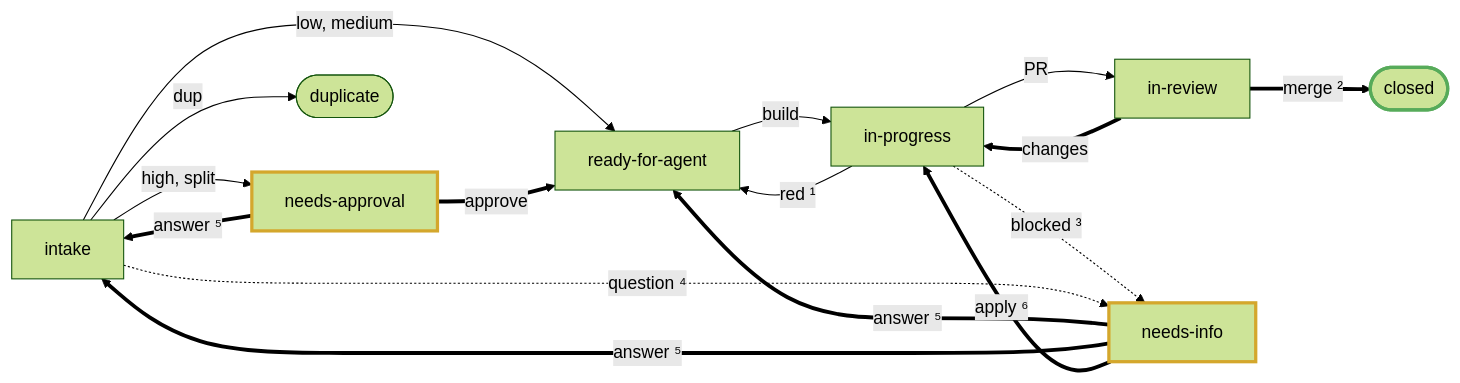
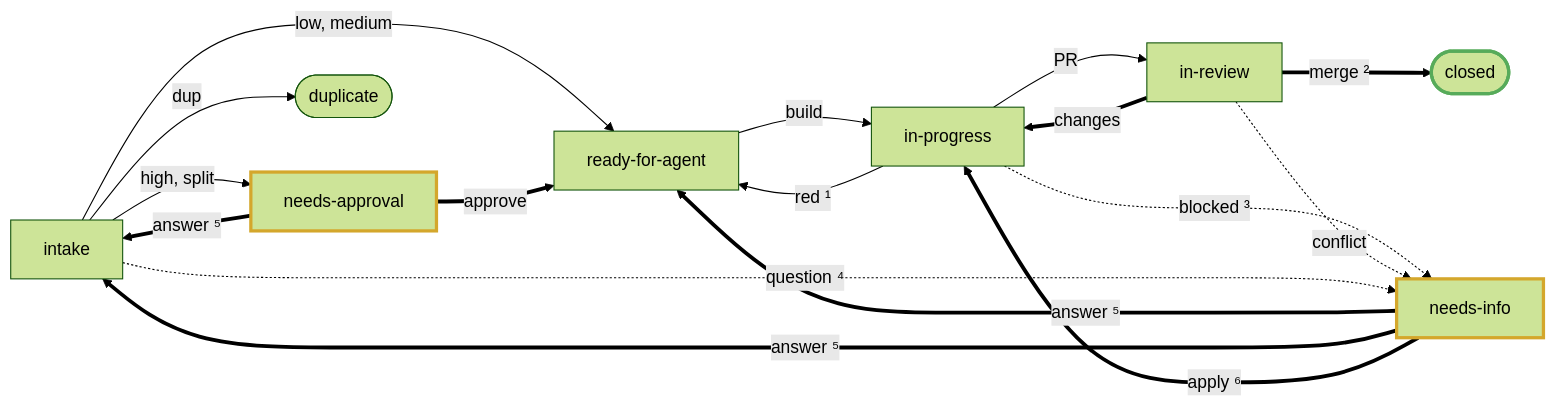
One commit to dvalnn/maestro changed the first of 5 diagrams in docs/agents/factory.md. Above: the diagram before and after it, drawn with Mermaid (forest theme). The commit also changed other lines of this file and 9 other files, not shown here.

````diff
--- a/docs/agents/factory.md
+++ b/docs/agents/factory.md
@@ -12,32 +12,33 @@
 ```mermaid
 flowchart LR
     IN["intake"]
     GATE["needs-approval"]
     Q["ready-for-agent"]
     B["in-progress"]
     R["in-review"]
     D(["closed"])
     DUP(["duplicate"])
     NI["needs-info"]
 
     IN -->|"low, medium"| Q
     IN -->|"high, split"| GATE
     IN -->|dup| DUP
     GATE ==>|approve| Q
     Q -->|build| B
     B -->|PR| R
     B -->|"red ¹"| Q
     R ==>|"merge ²"| D
     R ==>|changes| B
     B -.->|"blocked ³"| NI
+    R -.->|conflict| NI
     IN -.->|"question ⁴"| NI
     NI ==>|"answer ⁵"| Q
     NI ==>|"answer ⁵"| IN
     NI ==>|"apply ⁶"| B
     GATE ==>|"answer ⁵"| IN
 
     classDef owner stroke:#d4a72c,stroke-width:3px
     classDef done stroke:#57ab5a,stroke-width:3px
     class GATE,NI owner
     class D done
 ```
````
